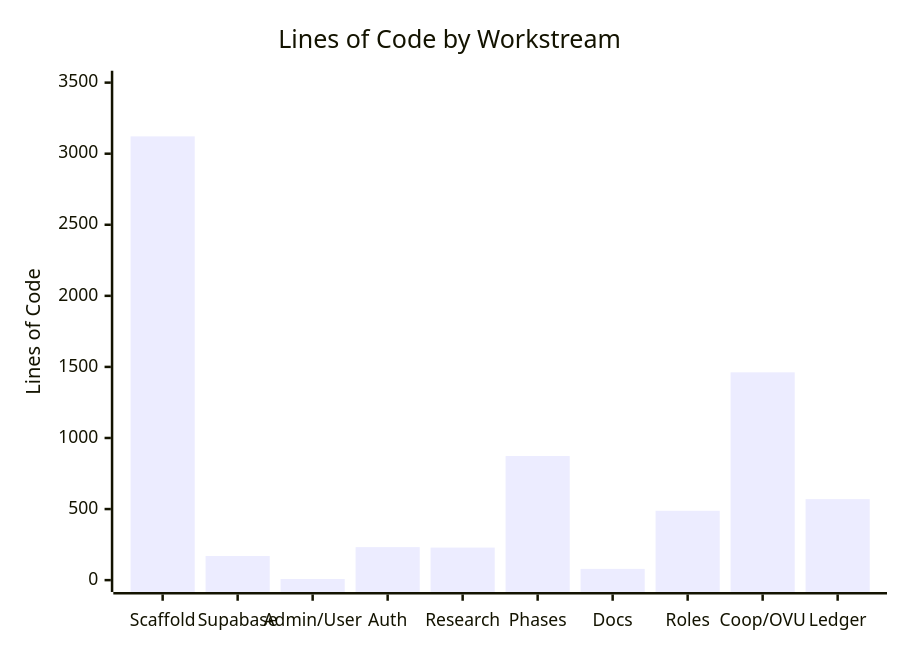
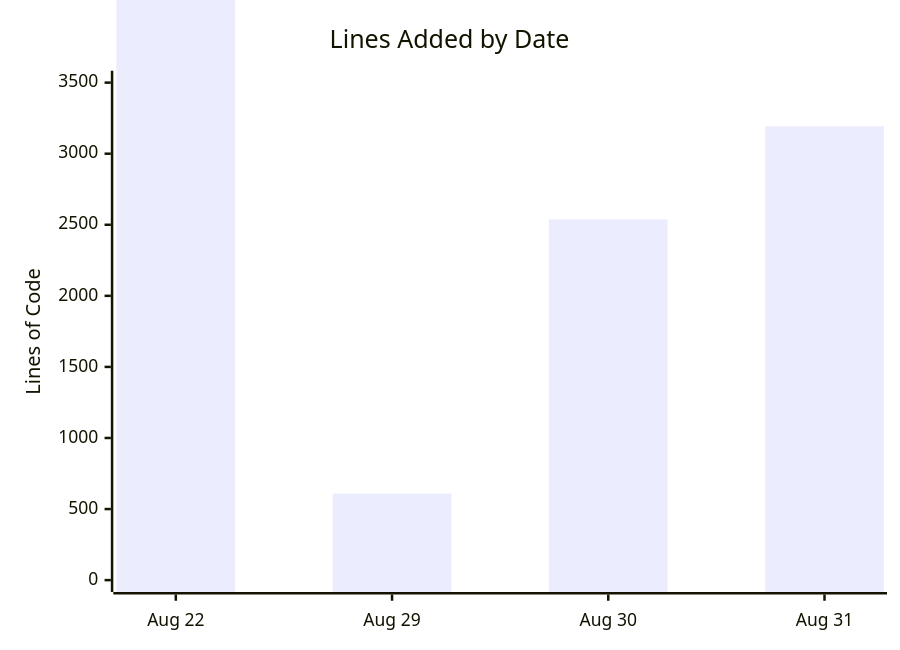
The second of 2 diagrams in docs/PROJECT_SUMMARY.md (roger64s/CodeWithKris), drawn with Mermaid before and after one commit. The commit also changed other lines of this file and 24 other files, not shown here.

Commit message:
Update project metrics and chart summaries

````diff
--- a/docs/PROJECT_SUMMARY.md
+++ b/docs/PROJECT_SUMMARY.md
@@ -32,7 +32,7 @@
 ```mermaid
 xychart-beta
-    title "Lines of Code by Workstream"
-    x-axis ["Scaffold", "Supabase", "Admin/User", "Auth", "Research", "Phases", "Docs", "Roles", "Coop/OVU", "Ledger"]
+    title "Lines Added by Date"
+    x-axis ["Aug 22", "Aug 29", "Aug 30", "Aug 31"]
     y-axis "Lines of Code" 0 --> 3500
-    bar [3122, 170, 8, 232, 229, 873, 79, 488, 1462, 570]
+    bar [5208, 609, 2538, 3193]
 ```
````
